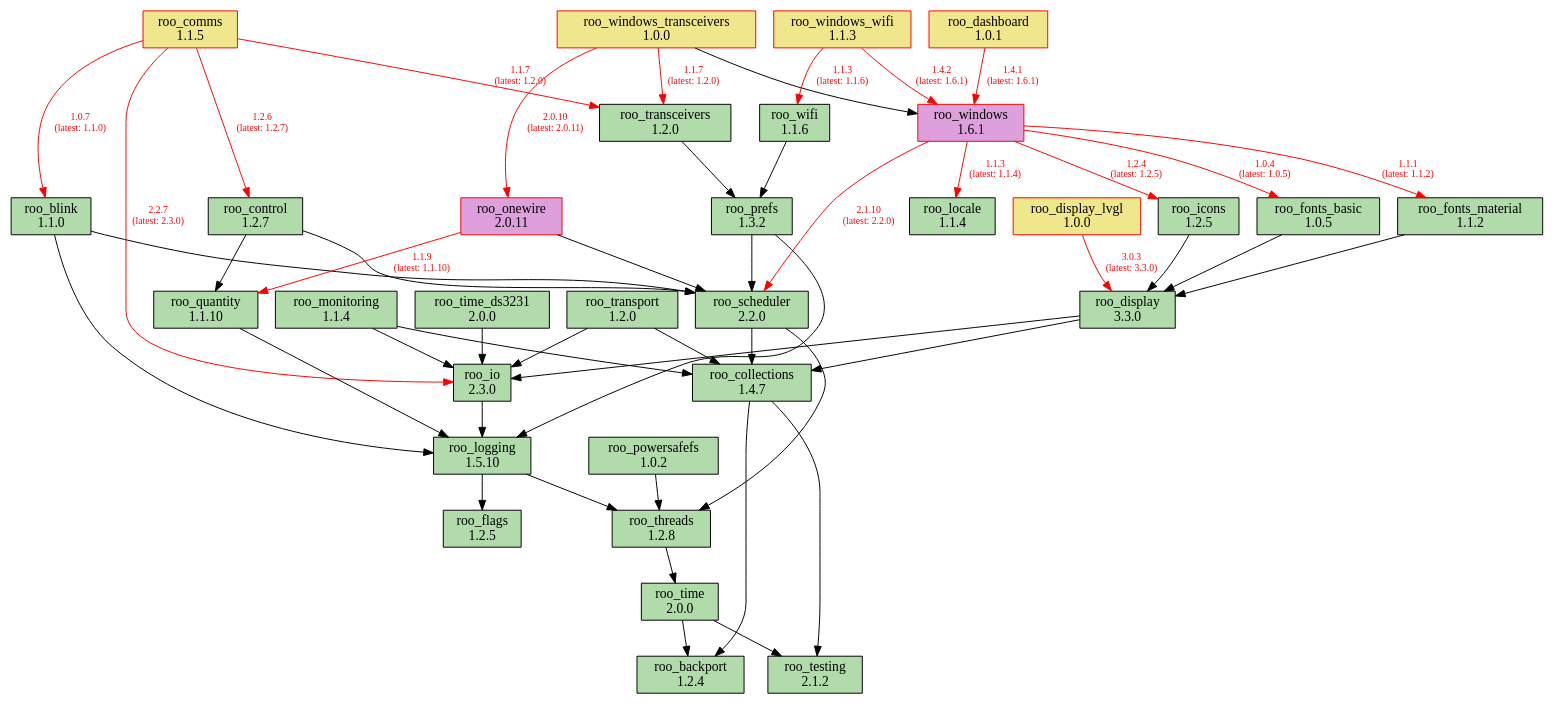
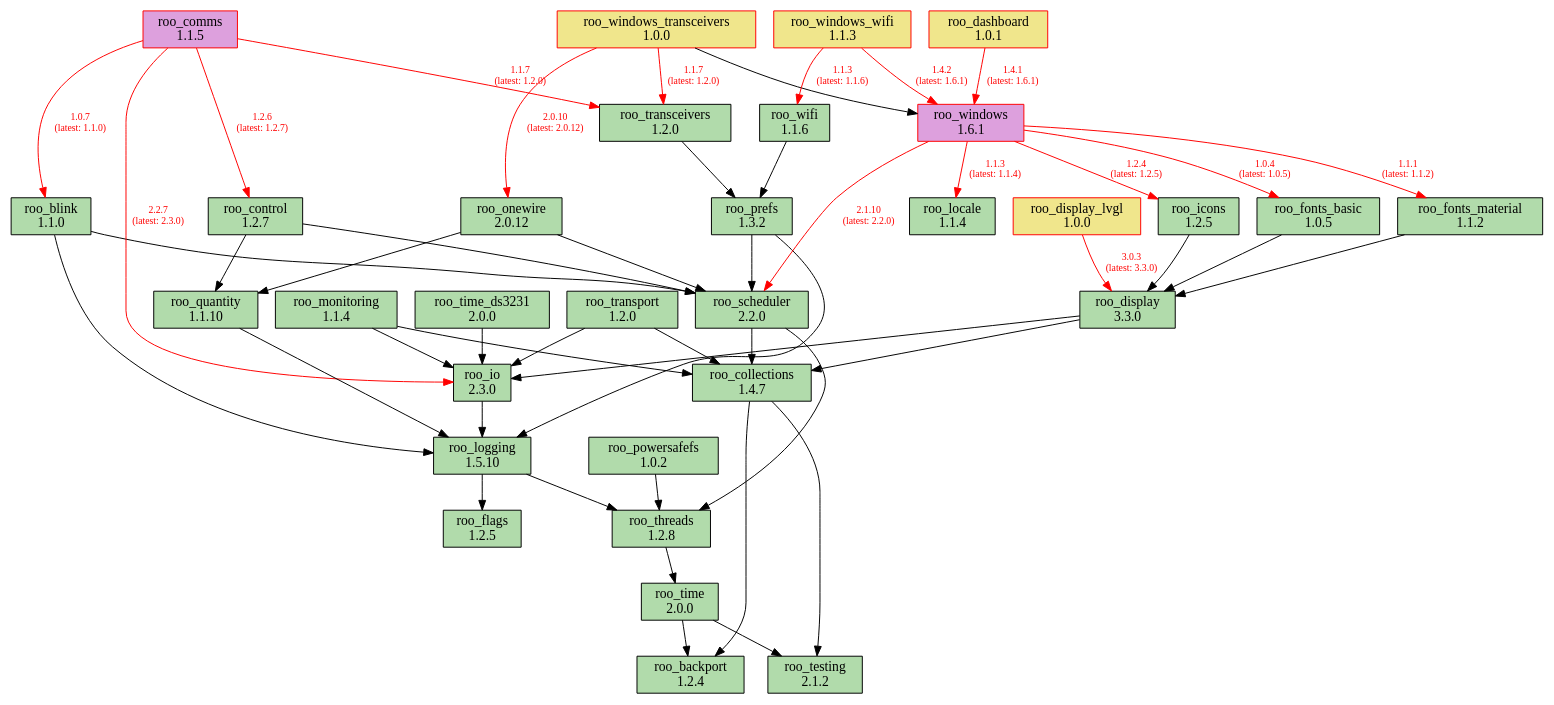
Before and after one commit to dejwk/roo-registry: the diagram in doc/dependencies.dot, drawn with Graphviz. The commit also changed 3 other files, not shown here.

Commit message:
Added roo_onewire 2.0.12 to the registry.

```diff
--- a/doc/dependencies.dot
+++ b/doc/dependencies.dot
@@ -1,88 +1,88 @@
 digraph dependencies {
     rankdir=TB;
     node [shape=box, style=filled];
     edge [fontsize=10];
 
     // Modules
     "roo_backport" [label="roo_backport\n1.2.4", fillcolor="#b1dbab", color="black"];
     "roo_blink" [label="roo_blink\n1.1.0", fillcolor="#b1dbab", color="black"];
     "roo_collections" [label="roo_collections\n1.4.7", fillcolor="#b1dbab", color="black"];
-    "roo_comms" [label="roo_comms\n1.1.5", fillcolor="khaki", color="red"];
+    "roo_comms" [label="roo_comms\n1.1.5", fillcolor="plum", color="red"];
     "roo_control" [label="roo_control\n1.2.7", fillcolor="#b1dbab", color="black"];
     "roo_dashboard" [label="roo_dashboard\n1.0.1", fillcolor="khaki", color="red"];
     "roo_display" [label="roo_display\n3.3.0", fillcolor="#b1dbab", color="black"];
     "roo_display_lvgl" [label="roo_display_lvgl\n1.0.0", fillcolor="khaki", color="red"];
     "roo_flags" [label="roo_flags\n1.2.5", fillcolor="#b1dbab", color="black"];
     "roo_fonts_basic" [label="roo_fonts_basic\n1.0.5", fillcolor="#b1dbab", color="black"];
     "roo_fonts_material" [label="roo_fonts_material\n1.1.2", fillcolor="#b1dbab", color="black"];
     "roo_icons" [label="roo_icons\n1.2.5", fillcolor="#b1dbab", color="black"];
     "roo_io" [label="roo_io\n2.3.0", fillcolor="#b1dbab", color="black"];
     "roo_locale" [label="roo_locale\n1.1.4", fillcolor="#b1dbab", color="black"];
     "roo_logging" [label="roo_logging\n1.5.10", fillcolor="#b1dbab", color="black"];
     "roo_monitoring" [label="roo_monitoring\n1.1.4", fillcolor="#b1dbab", color="black"];
-    "roo_onewire" [label="roo_onewire\n2.0.11", fillcolor="plum", color="red"];
+    "roo_onewire" [label="roo_onewire\n2.0.12", fillcolor="#b1dbab", color="black"];
     "roo_powersafefs" [label="roo_powersafefs\n1.0.2", fillcolor="#b1dbab", color="black"];
     "roo_prefs" [label="roo_prefs\n1.3.2", fillcolor="#b1dbab", color="black"];
     "roo_quantity" [label="roo_quantity\n1.1.10", fillcolor="#b1dbab", color="black"];
     "roo_scheduler" [label="roo_scheduler\n2.2.0", fillcolor="#b1dbab", color="black"];
     "roo_testing" [label="roo_testing\n2.1.2", fillcolor="#b1dbab", color="black"];
     "roo_threads" [label="roo_threads\n1.2.8", fillcolor="#b1dbab", color="black"];
     "roo_time" [label="roo_time\n2.0.0", fillcolor="#b1dbab", color="black"];
     "roo_time_ds3231" [label="roo_time_ds3231\n2.0.0", fillcolor="#b1dbab", color="black"];
     "roo_transceivers" [label="roo_transceivers\n1.2.0", fillcolor="#b1dbab", color="black"];
     "roo_transport" [label="roo_transport\n1.2.0", fillcolor="#b1dbab", color="black"];
     "roo_wifi" [label="roo_wifi\n1.1.6", fillcolor="#b1dbab", color="black"];
     "roo_windows" [label="roo_windows\n1.6.1", fillcolor="plum", color="red"];
     "roo_windows_transceivers" [label="roo_windows_transceivers\n1.0.0", fillcolor="khaki", color="red"];
     "roo_windows_wifi" [label="roo_windows_wifi\n1.1.3", fillcolor="khaki", color="red"];
 
     // Dependencies
     "roo_blink" -> "roo_logging";
     "roo_blink" -> "roo_scheduler";
     "roo_collections" -> "roo_testing";
     "roo_collections" -> "roo_backport";
     "roo_comms" -> "roo_blink" [color=red, fontcolor=red, label="1.0.7\n(latest: 1.1.0)"];
     "roo_comms" -> "roo_control" [color=red, fontcolor=red, label="1.2.6\n(latest: 1.2.7)"];
     "roo_comms" -> "roo_io" [color=red, fontcolor=red, label="2.2.7\n(latest: 2.3.0)"];
     "roo_comms" -> "roo_transceivers" [color=red, fontcolor=red, label="1.1.7\n(latest: 1.2.0)"];
     "roo_control" -> "roo_quantity";
     "roo_control" -> "roo_scheduler";
     "roo_dashboard" -> "roo_windows" [color=red, fontcolor=red, label="1.4.1\n(latest: 1.6.1)"];
     "roo_display" -> "roo_collections";
     "roo_display" -> "roo_io";
     "roo_display_lvgl" -> "roo_display" [color=red, fontcolor=red, label="3.0.3\n(latest: 3.3.0)"];
     "roo_fonts_basic" -> "roo_display";
     "roo_fonts_material" -> "roo_display";
     "roo_icons" -> "roo_display";
     "roo_io" -> "roo_logging";
     "roo_logging" -> "roo_flags";
     "roo_logging" -> "roo_threads";
     "roo_monitoring" -> "roo_collections";
     "roo_monitoring" -> "roo_io";
     "roo_onewire" -> "roo_scheduler";
-    "roo_onewire" -> "roo_quantity" [color=red, fontcolor=red, label="1.1.9\n(latest: 1.1.10)"];
+    "roo_onewire" -> "roo_quantity";
     "roo_powersafefs" -> "roo_threads";
     "roo_prefs" -> "roo_logging";
     "roo_prefs" -> "roo_scheduler";
     "roo_quantity" -> "roo_logging";
     "roo_scheduler" -> "roo_collections";
     "roo_scheduler" -> "roo_threads";
     "roo_threads" -> "roo_time";
     "roo_time" -> "roo_testing";
     "roo_time" -> "roo_backport";
     "roo_time_ds3231" -> "roo_io";
     "roo_transceivers" -> "roo_prefs";
     "roo_transport" -> "roo_collections";
     "roo_transport" -> "roo_io";
     "roo_wifi" -> "roo_prefs";
     "roo_windows" -> "roo_fonts_basic" [color=red, fontcolor=red, label="1.0.4\n(latest: 1.0.5)"];
     "roo_windows" -> "roo_fonts_material" [color=red, fontcolor=red, label="1.1.1\n(latest: 1.1.2)"];
     "roo_windows" -> "roo_locale" [color=red, fontcolor=red, label="1.1.3\n(latest: 1.1.4)"];
     "roo_windows" -> "roo_icons" [color=red, fontcolor=red, label="1.2.4\n(latest: 1.2.5)"];
     "roo_windows" -> "roo_scheduler" [color=red, fontcolor=red, label="2.1.10\n(latest: 2.2.0)"];
-    "roo_windows_transceivers" -> "roo_onewire" [color=red, fontcolor=red, label="2.0.10\n(latest: 2.0.11)"];
+    "roo_windows_transceivers" -> "roo_onewire" [color=red, fontcolor=red, label="2.0.10\n(latest: 2.0.12)"];
     "roo_windows_transceivers" -> "roo_transceivers" [color=red, fontcolor=red, label="1.1.7\n(latest: 1.2.0)"];
     "roo_windows_transceivers" -> "roo_windows";
     "roo_windows_wifi" -> "roo_wifi" [color=red, fontcolor=red, label="1.1.3\n(latest: 1.1.6)"];
     "roo_windows_wifi" -> "roo_windows" [color=red, fontcolor=red, label="1.4.2\n(latest: 1.6.1)"];
 }
```
